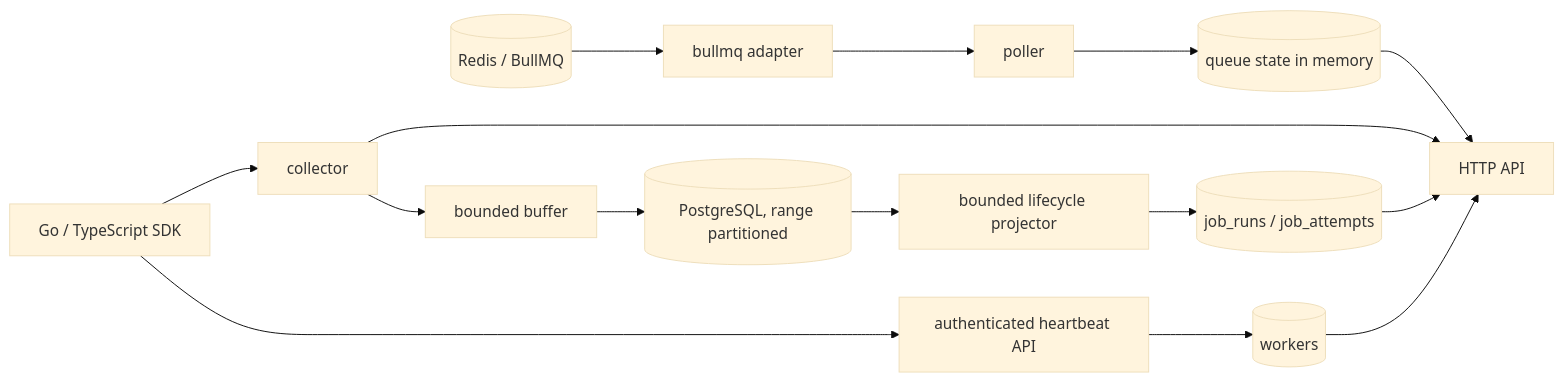
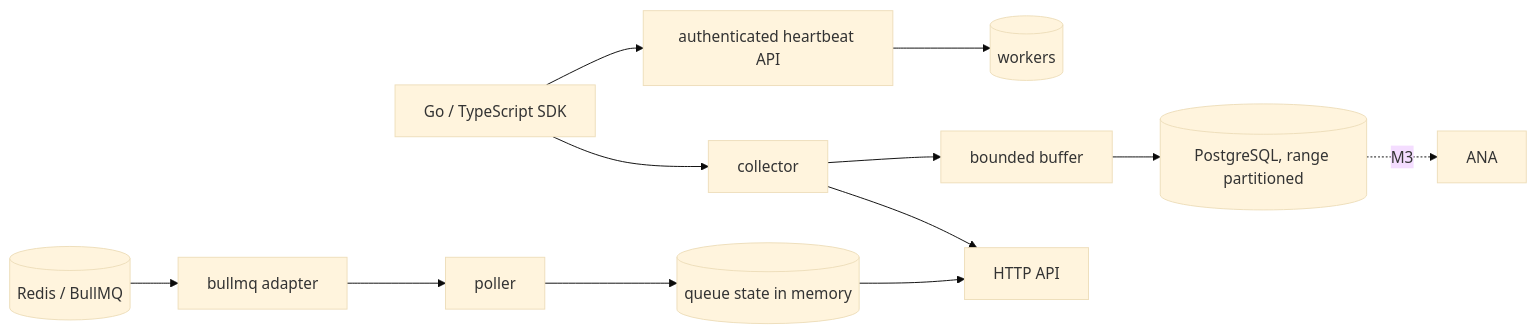
Before and after one commit to Shellghostt/QueueLens: the second of 2 diagrams in docs/ARCHITECTURE.md, drawn with Mermaid (base theme). The commit also changed other lines of this file and 45 other files, not shown here.

````diff
--- a/docs/ARCHITECTURE.md
+++ b/docs/ARCHITECTURE.md
@@ -34,17 +33,14 @@
 ```mermaid
 flowchart LR
     BULL[(Redis / BullMQ)] --> ADP[bullmq adapter]
     ADP --> POL[poller]
     POL --> QV[(queue state in memory)]
     SDK[Go / TypeScript SDK] --> COL[collector]
     SDK --> HB[authenticated heartbeat API]
     HB --> WK[(workers)]
     COL --> BUF[bounded buffer]
     BUF --> PG[(PostgreSQL, range partitioned)]
     QV --> API[HTTP API]
     COL --> API
-    PG --> FOLD[bounded lifecycle projector]
-    FOLD --> RUN[(job_runs / job_attempts)]
-    RUN --> API
-    WK --> API
+    PG -.->|M3| ANA
 ```
````
